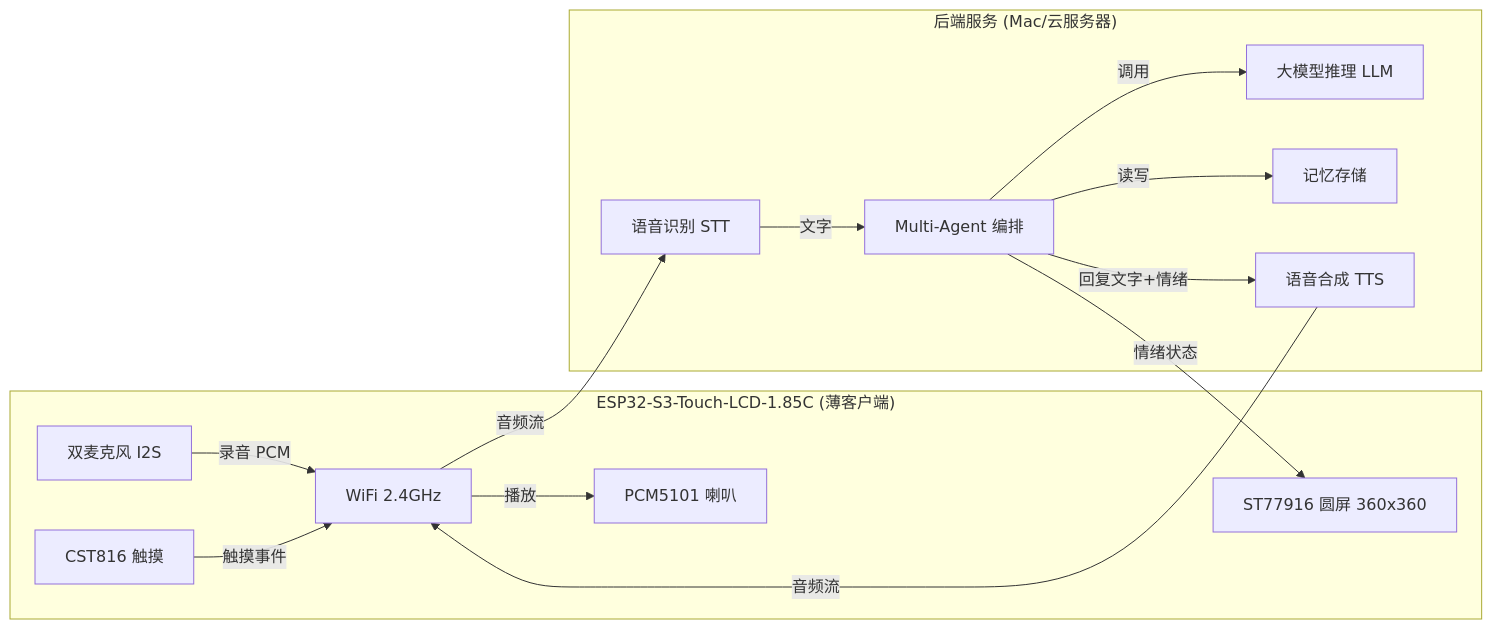
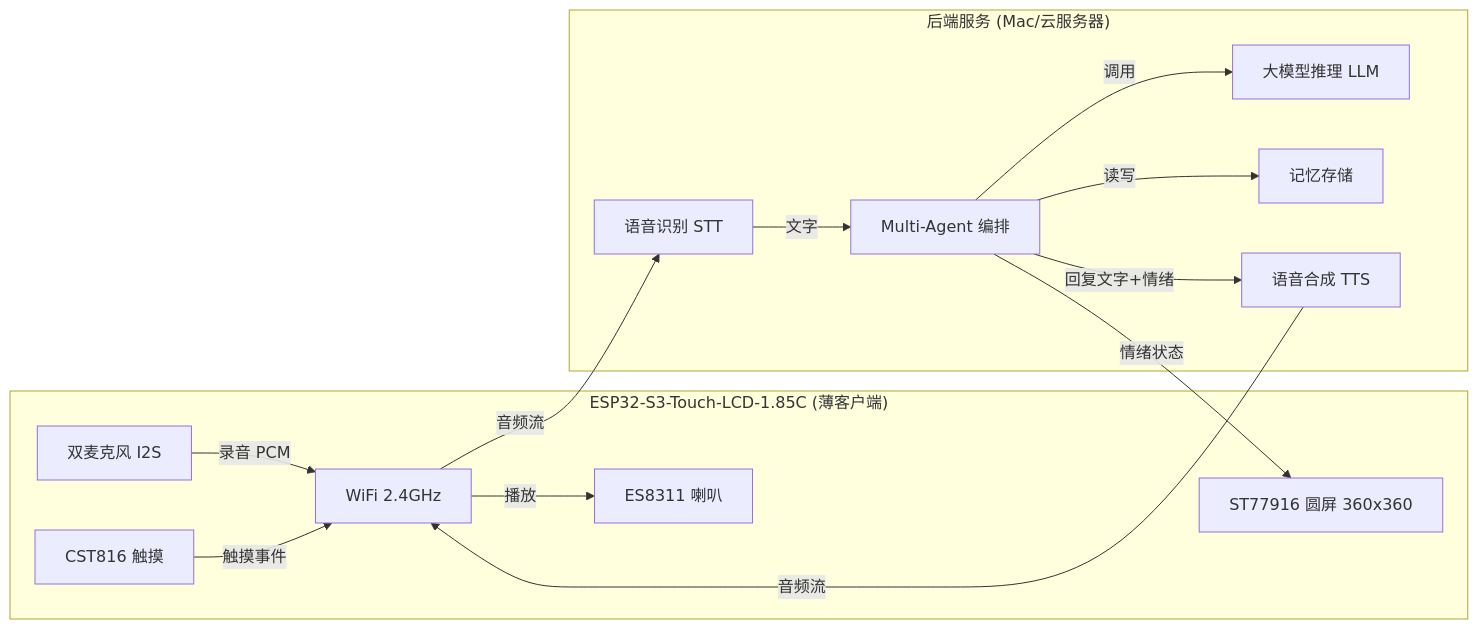
Before and after one commit to dackmoon/Aeris_cat: the first of 2 diagrams in cyber_cat/README.md, drawn with Mermaid. The commit also changed other lines of this file and 19 other files, not shown here.

````diff
--- a/cyber_cat/README.md
+++ b/cyber_cat/README.md
@@ -29,29 +33,29 @@
 ```mermaid
 graph LR
     subgraph Board ["ESP32-S3-Touch-LCD-1.85C (薄客户端)"]
         MIC["双麦克风 I2S"]
-        SPK["PCM5101 喇叭"]
+        SPK["ES8311 喇叭"]
         LCD["ST77916 圆屏 360x360"]
         TOUCH["CST816 触摸"]
         WIFI["WiFi 2.4GHz"]
     end
 
     subgraph Backend ["后端服务 (Mac/云服务器)"]
         STT["语音识别 STT"]
         LLM["大模型推理 LLM"]
         TTS["语音合成 TTS"]
         MEM["记忆存储"]
         AGENT["Multi-Agent 编排"]
     end
 
     MIC -->|"录音 PCM"| WIFI
     TOUCH -->|"触摸事件"| WIFI
     WIFI -->|"音频流"| STT
     STT -->|"文字"| AGENT
     AGENT -->|"调用"| LLM
     AGENT -->|"读写"| MEM
     AGENT -->|"回复文字+情绪"| TTS
     TTS -->|"音频流"| WIFI
     WIFI -->|"播放"| SPK
     AGENT -->|"情绪状态"| LCD
 ```
````
